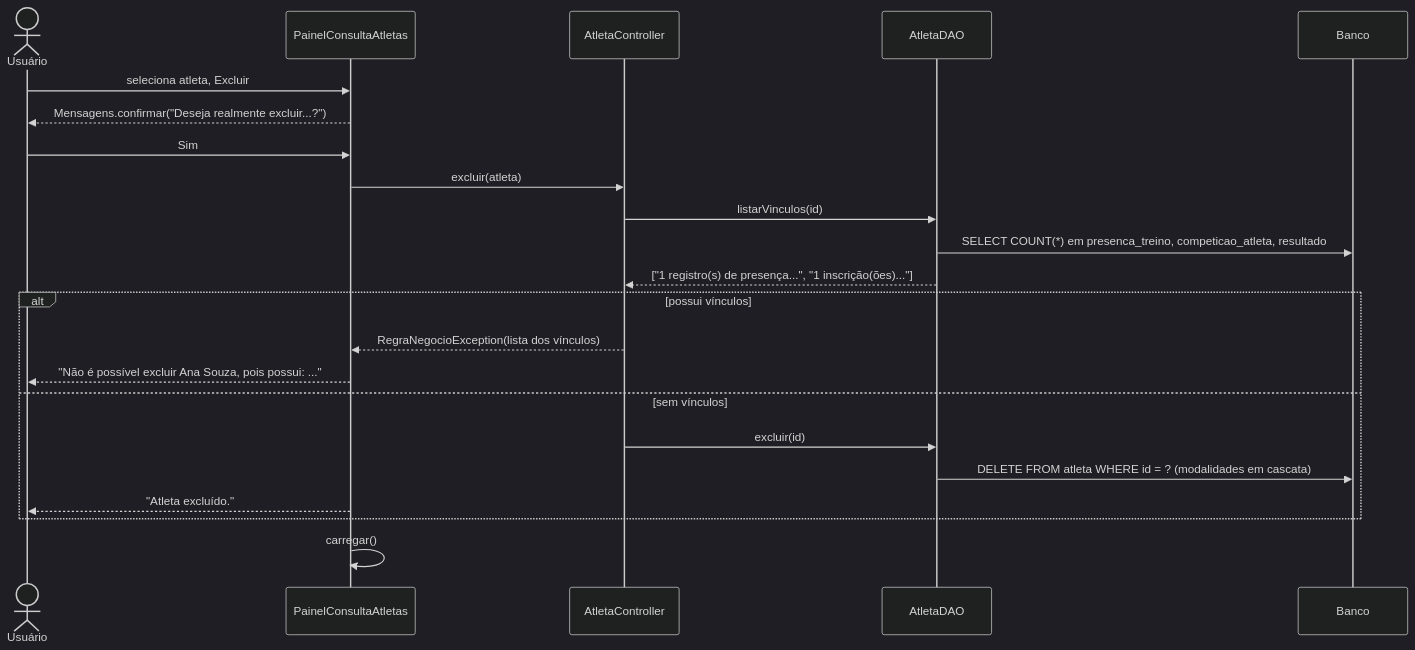
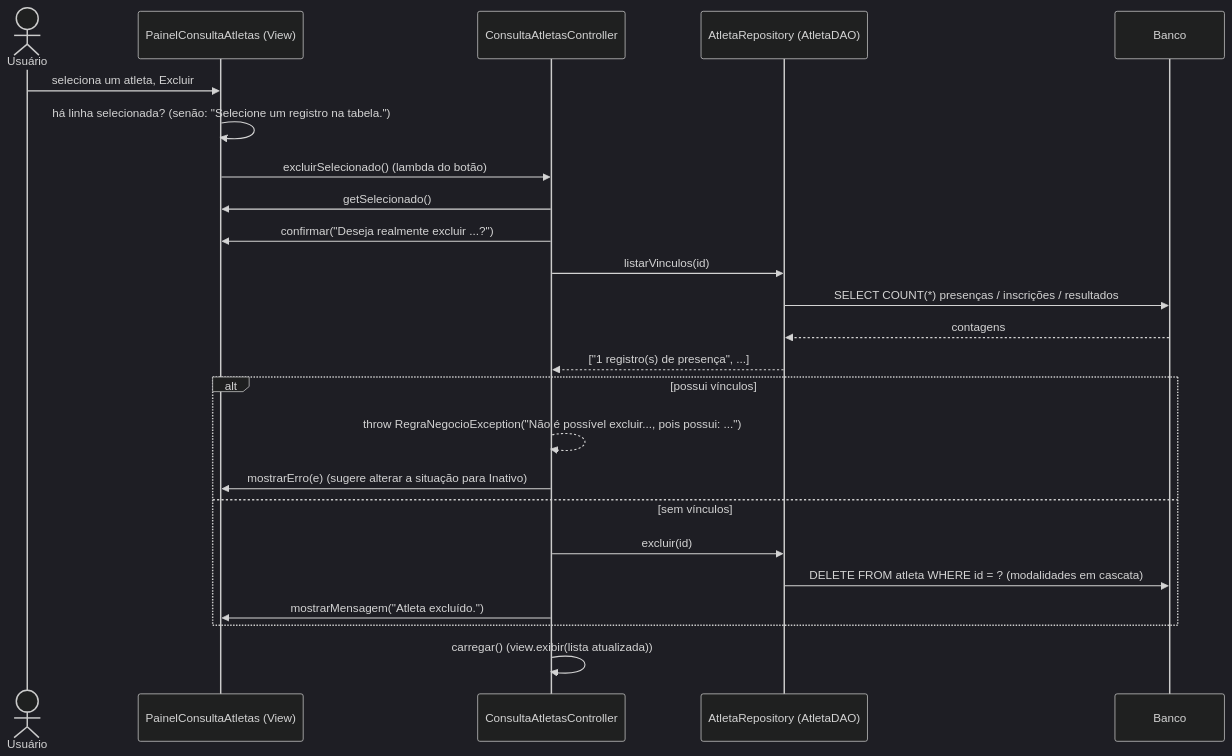
Before and after one commit to mheloisawitt/Athletiza: the seventh of 13 diagrams in docs/diagramas/sequencia.md, drawn with Mermaid (dark theme). The commit also changed other lines of this file and 196 other files, not shown here.

````diff
--- a/docs/diagramas/sequencia.md
+++ b/docs/diagramas/sequencia.md
@@ -212,25 +245,27 @@
 ```mermaid
 sequenceDiagram
     actor U as Usuário
-    participant V as PainelConsultaAtletas
-    participant C as AtletaController
-    participant D as AtletaDAO
+    participant V as PainelConsultaAtletas (View)
+    participant C as ConsultaAtletasController
+    participant R as AtletaRepository (AtletaDAO)
     participant B as Banco
 
-    U->>V: seleciona atleta, Excluir
-    V-->>U: Mensagens.confirmar("Deseja realmente excluir...?")
-    U->>V: Sim
-    V->>C: excluir(atleta)
-    C->>D: listarVinculos(id)
-    D->>B: SELECT COUNT(*) em presenca_treino, competicao_atleta, resultado
-    D-->>C: ["1 registro(s) de presença...", "1 inscrição(ões)..."]
+    U->>V: seleciona um atleta, Excluir
+    V->>V: há linha selecionada? (senão: "Selecione um registro na tabela.")
+    V->>C: excluirSelecionado() (lambda do botão)
+    C->>V: getSelecionado()
+    C->>V: confirmar("Deseja realmente excluir ...?")
+    C->>R: listarVinculos(id)
+    R->>B: SELECT COUNT(*) presenças / inscrições / resultados
+    B-->>R: contagens
+    R-->>C: ["1 registro(s) de presença", ...]
     alt possui vínculos
-        C-->>V: RegraNegocioException(lista dos vínculos)
-        V-->>U: "Não é possível excluir Ana Souza, pois possui: ..."
+        C-->>C: throw RegraNegocioException("Não é possível excluir..., pois possui: ...")
+        C->>V: mostrarErro(e) (sugere alterar a situação para Inativo)
     else sem vínculos
-        C->>D: excluir(id)
-        D->>B: DELETE FROM atleta WHERE id = ? (modalidades em cascata)
-        V-->>U: "Atleta excluído."
+        C->>R: excluir(id)
+        R->>B: DELETE FROM atleta WHERE id = ? (modalidades em cascata)
+        C->>V: mostrarMensagem("Atleta excluído.")
     end
-    V->>V: carregar()
+    C->>C: carregar() (view.exibir(lista atualizada))
 ```
````
